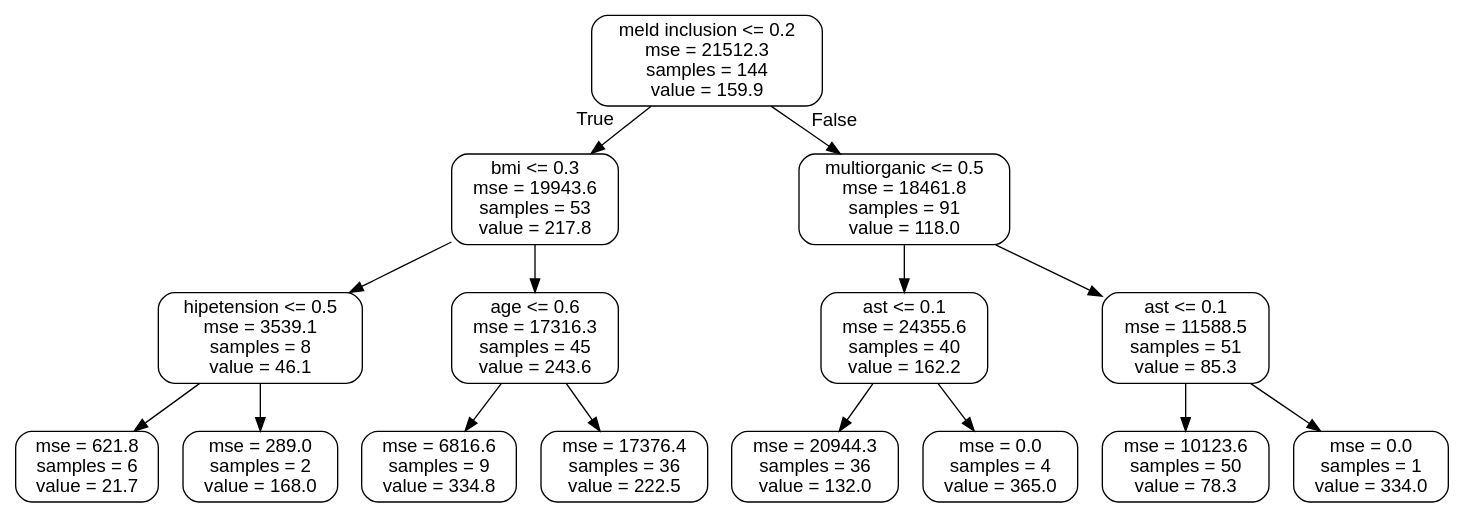
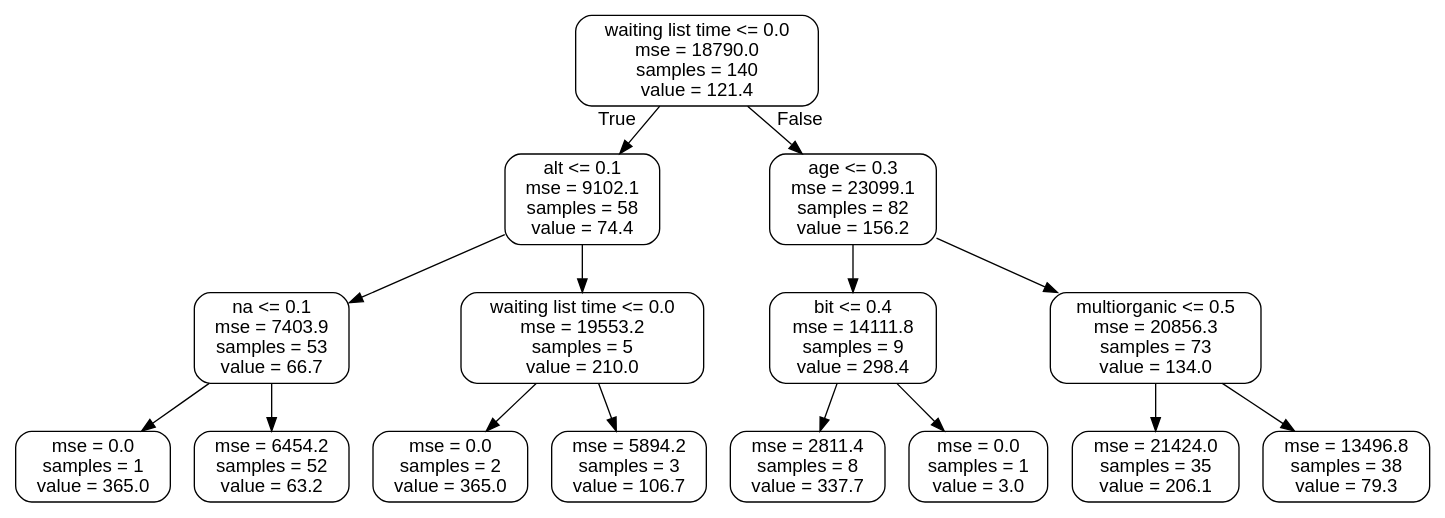
One commit to Joaopmonteleone/Deep_Learning_Liver_Prediction changed the diagram in results/small_tree.dot. Above: the diagram before and after it, drawn with Graphviz. The commit also changed 7 other files, not shown here.

```diff
--- a/results/small_tree.dot
+++ b/results/small_tree.dot
@@ -1,33 +1,33 @@
 digraph Tree {
 node [shape=box, style="rounded", color="black", fontname=helvetica] ;
 edge [fontname=helvetica] ;
-0 [label="meld inclusion <= 0.2\nmse = 21512.3\nsamples = 144\nvalue = 159.9"] ;
-1 [label="bmi <= 0.3\nmse = 19943.6\nsamples = 53\nvalue = 217.8"] ;
+0 [label="waiting list time <= 0.0\nmse = 18790.0\nsamples = 140\nvalue = 121.4"] ;
+1 [label="alt <= 0.1\nmse = 9102.1\nsamples = 58\nvalue = 74.4"] ;
 0 -> 1 [labeldistance=2.5, labelangle=45, headlabel="True"] ;
-2 [label="hipetension <= 0.5\nmse = 3539.1\nsamples = 8\nvalue = 46.1"] ;
+2 [label="na <= 0.1\nmse = 7403.9\nsamples = 53\nvalue = 66.7"] ;
 1 -> 2 ;
-3 [label="mse = 621.8\nsamples = 6\nvalue = 21.7"] ;
+3 [label="mse = 0.0\nsamples = 1\nvalue = 365.0"] ;
 2 -> 3 ;
-4 [label="mse = 289.0\nsamples = 2\nvalue = 168.0"] ;
+4 [label="mse = 6454.2\nsamples = 52\nvalue = 63.2"] ;
 2 -> 4 ;
-5 [label="age <= 0.6\nmse = 17316.3\nsamples = 45\nvalue = 243.6"] ;
+5 [label="waiting list time <= 0.0\nmse = 19553.2\nsamples = 5\nvalue = 210.0"] ;
 1 -> 5 ;
-6 [label="mse = 6816.6\nsamples = 9\nvalue = 334.8"] ;
+6 [label="mse = 0.0\nsamples = 2\nvalue = 365.0"] ;
 5 -> 6 ;
-7 [label="mse = 17376.4\nsamples = 36\nvalue = 222.5"] ;
+7 [label="mse = 5894.2\nsamples = 3\nvalue = 106.7"] ;
 5 -> 7 ;
-8 [label="multiorganic <= 0.5\nmse = 18461.8\nsamples = 91\nvalue = 118.0"] ;
+8 [label="age <= 0.3\nmse = 23099.1\nsamples = 82\nvalue = 156.2"] ;
 0 -> 8 [labeldistance=2.5, labelangle=-45, headlabel="False"] ;
-9 [label="ast <= 0.1\nmse = 24355.6\nsamples = 40\nvalue = 162.2"] ;
+9 [label="bit <= 0.4\nmse = 14111.8\nsamples = 9\nvalue = 298.4"] ;
 8 -> 9 ;
-10 [label="mse = 20944.3\nsamples = 36\nvalue = 132.0"] ;
+10 [label="mse = 2811.4\nsamples = 8\nvalue = 337.7"] ;
 9 -> 10 ;
-11 [label="mse = 0.0\nsamples = 4\nvalue = 365.0"] ;
+11 [label="mse = 0.0\nsamples = 1\nvalue = 3.0"] ;
 9 -> 11 ;
-12 [label="ast <= 0.1\nmse = 11588.5\nsamples = 51\nvalue = 85.3"] ;
+12 [label="multiorganic <= 0.5\nmse = 20856.3\nsamples = 73\nvalue = 134.0"] ;
 8 -> 12 ;
-13 [label="mse = 10123.6\nsamples = 50\nvalue = 78.3"] ;
+13 [label="mse = 21424.0\nsamples = 35\nvalue = 206.1"] ;
 12 -> 13 ;
-14 [label="mse = 0.0\nsamples = 1\nvalue = 334.0"] ;
+14 [label="mse = 13496.8\nsamples = 38\nvalue = 79.3"] ;
 12 -> 14 ;
 }
```
